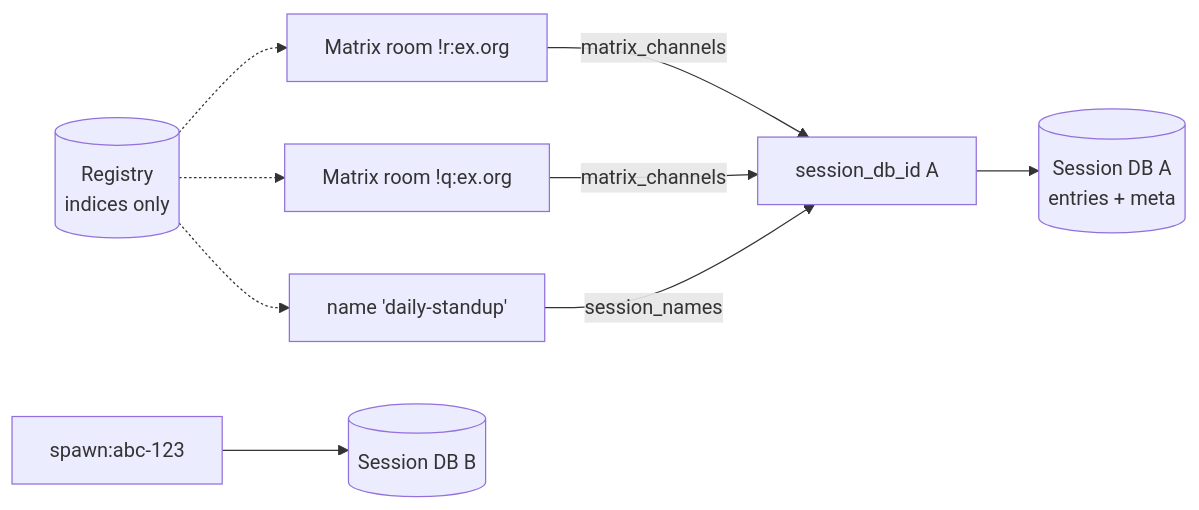
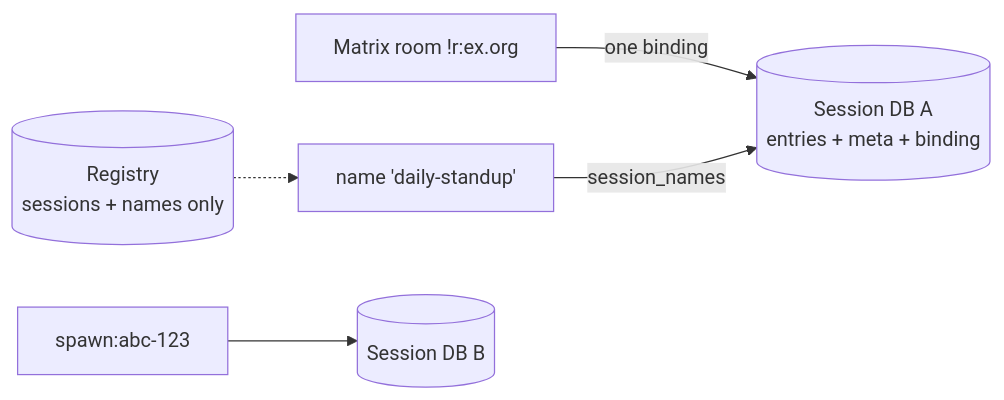
One commit to arcuru/chaz changed the second of 2 diagrams in docs/src/architecture/sessions.md. Above: the diagram before and after it, drawn with Mermaid. The commit also changed other lines of this file and 31 other files, not shown here.

Commit message:
feat(matrix): send through a session-local room handle

````diff
--- a/docs/src/architecture/sessions.md
+++ b/docs/src/architecture/sessions.md
@@ -186,11 +185,7 @@
 ```mermaid
 graph LR
-    ROOM["Matrix room !r:ex.org"] -->|matrix_channels| SID1["session_db_id A"]
-    SID1 --> DB1[(Session DB A<br/>entries + meta)]
-    ROOM2["Matrix room !q:ex.org"] -->|matrix_channels| SID1
-    NAME["name 'daily-standup'"] -->|session_names| SID1
+    ROOM["Matrix room !r:ex.org"] -->|one binding| DB1[(Session DB A<br/>entries + meta + binding)]
+    NAME["name 'daily-standup'"] -->|session_names| DB1
     SID2["spawn:abc-123"] --> DB2[(Session DB B)]
-    REG[(Registry<br/>indices only)] -.-> ROOM
-    REG -.-> ROOM2
-    REG -.-> NAME
+    REG[(Registry<br/>sessions + names only)] -.-> NAME
 ```
````
